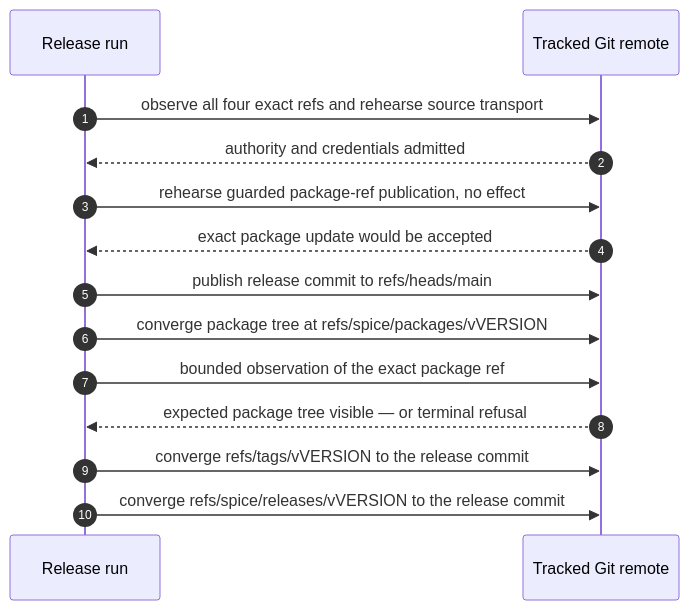
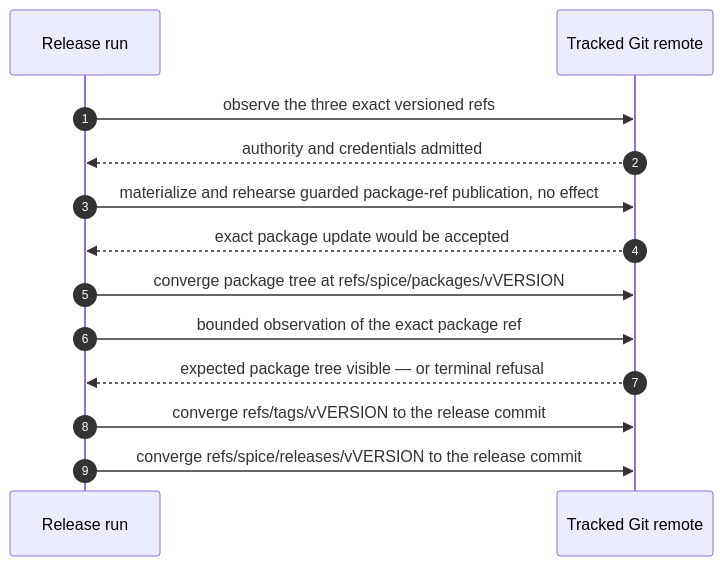
Before and after one commit to infimalabs/spice-rust: the fifth of 10 diagrams in docs/product/planes/distribution.md, drawn with Mermaid. The commit also changed other lines of this file and 20 other files, not shown here.

````diff
--- a/docs/product/planes/distribution.md
+++ b/docs/product/planes/distribution.md
@@ -276,17 +264,16 @@
 ```mermaid
 sequenceDiagram
     autonumber
     participant RUN as Release run
     participant GIT as Tracked Git remote
 
-    RUN->>GIT: observe all four exact refs and rehearse source transport
+    RUN->>GIT: observe the three exact versioned refs
     GIT-->>RUN: authority and credentials admitted
-    RUN->>GIT: rehearse guarded package-ref publication, no effect
+    RUN->>GIT: materialize and rehearse guarded package-ref publication, no effect
     GIT-->>RUN: exact package update would be accepted
-    RUN->>GIT: publish release commit to refs/heads/main
     RUN->>GIT: converge package tree at refs/spice/packages/vVERSION
     RUN->>GIT: bounded observation of the exact package ref
     GIT-->>RUN: expected package tree visible — or terminal refusal
     RUN->>GIT: converge refs/tags/vVERSION to the release commit
     RUN->>GIT: converge refs/spice/releases/vVERSION to the release commit
 ```
````
